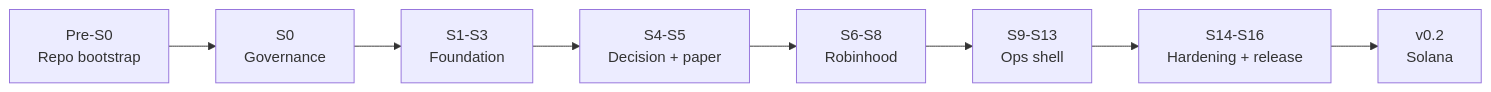
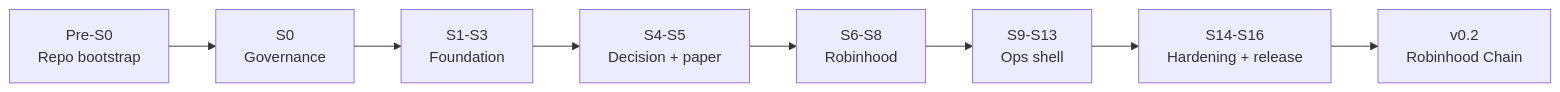
One commit to dunksmaster/sherwood-agent changed the diagram in docs/ROADMAP.md. Above: the diagram before and after it, drawn with Mermaid. The commit also changed other lines of this file and 5 other files, not shown here.

First line of the commit message:
ADR-0006: v0.2 targets Robinhood Chain (EVM), verified permissionless (#29)

````diff
--- a/docs/ROADMAP.md
+++ b/docs/ROADMAP.md
@@ -45,10 +57,10 @@
 ```mermaid
 flowchart LR
     P0[Pre-S0<br/>Repo bootstrap] --> S0[S0<br/>Governance]
     S0 --> F[S1-S3<br/>Foundation]
     F --> D[S4-S5<br/>Decision + paper]
     D --> R[S6-S8<br/>Robinhood]
     R --> O[S9-S13<br/>Ops shell]
     O --> H[S14-S16<br/>Hardening + release]
-    H --> V2[v0.2<br/>Solana]
+    H --> V2[v0.2<br/>Robinhood Chain]
 ```
````
